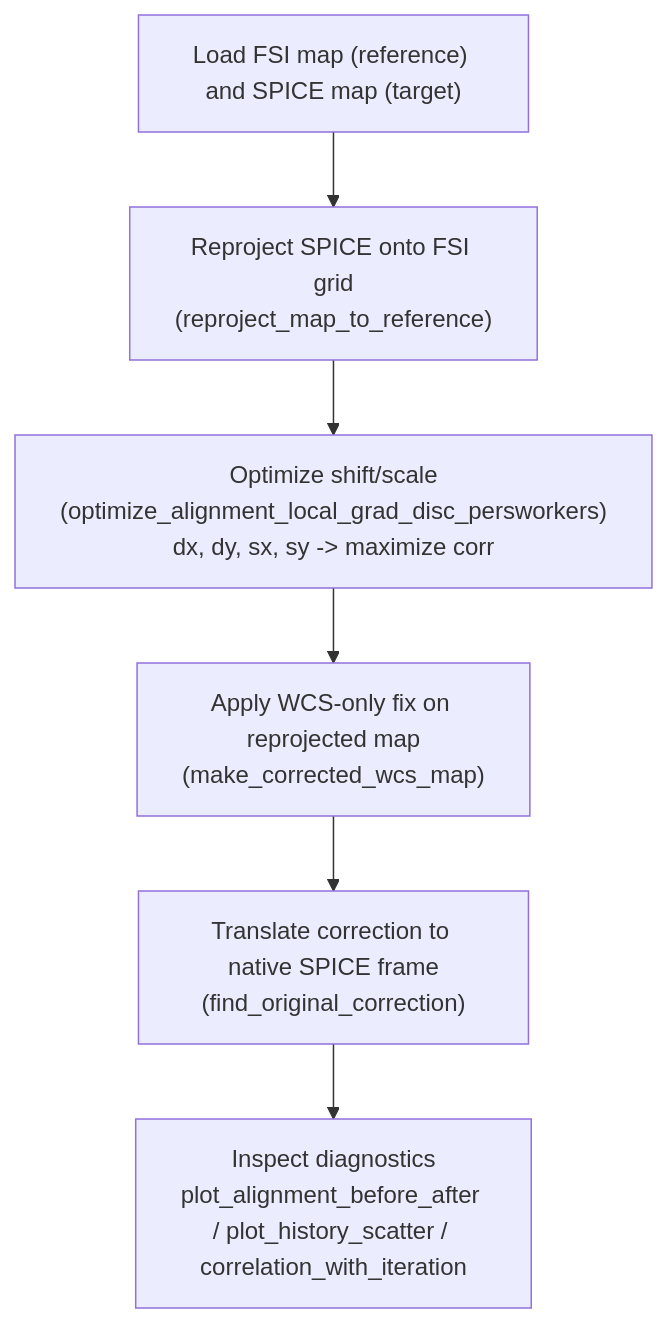
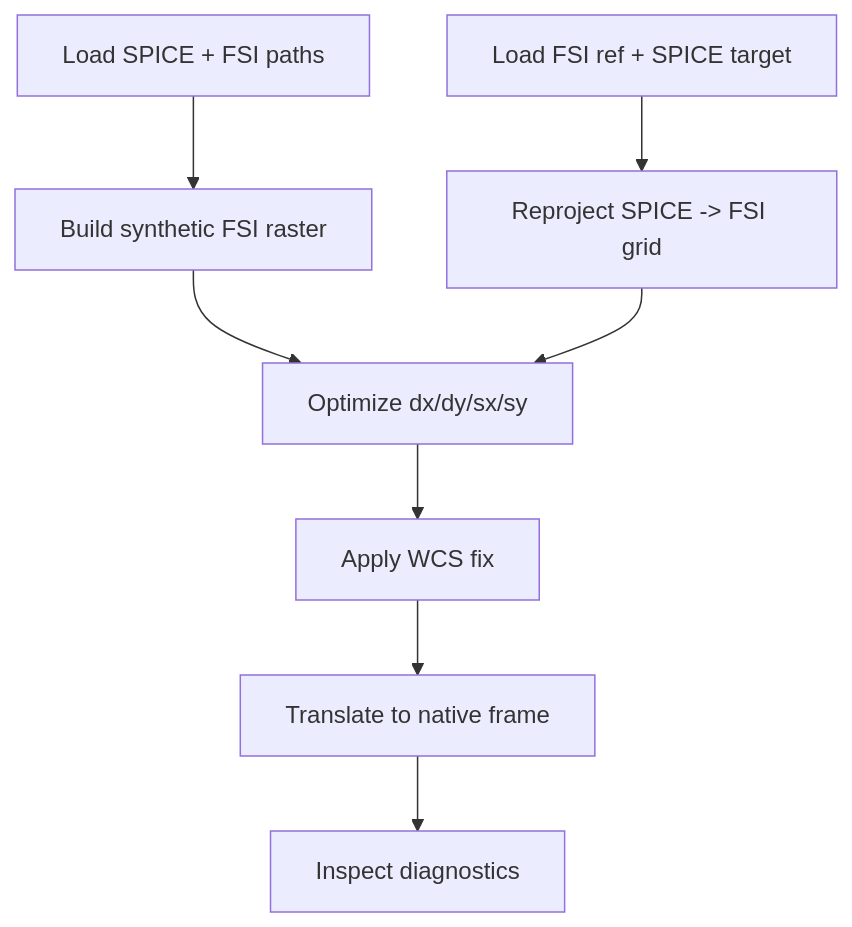
One commit to slimguat/SunXCorr changed the first of 2 diagrams in README.md. Above: the diagram before and after it, drawn with Mermaid. The commit also changed other lines of this file, not shown here.

Commit message:
Refine README diagrams and optimizer flow styling

````diff
--- a/README.md
+++ b/README.md
@@ -10,8 +10,10 @@
 ```mermaid
 flowchart TD
-    A["Load FSI map (reference) and SPICE map (target)"] --> B["Reproject SPICE onto FSI grid<br/>(reproject_map_to_reference)"]
-    B --> C["Optimize shift/scale<br/>(optimize_alignment_local_grad_disc_persworkers)<br/>dx, dy, sx, sy -> maximize corr"]
-    C --> D["Apply WCS-only fix on reprojected map<br/>(make_corrected_wcs_map)"]
-    D --> E["Translate correction to native SPICE frame<br/>(find_original_correction)"]
-    E --> F["Inspect diagnostics<br/>plot_alignment_before_after / plot_history_scatter / correlation_with_iteration"]
+  A["Load FSI ref + SPICE target"] --> B["Reproject SPICE -> FSI grid"]
+  A2["Load SPICE + FSI paths"] --> A3
+  A3["Build synthetic FSI raster"] --> C
+    B --> C["Optimize dx/dy/sx/sy"]
+    C --> D["Apply WCS fix"]
+    D --> E["Translate to native frame"]
+    E --> F["Inspect diagnostics"]
 ```
````
